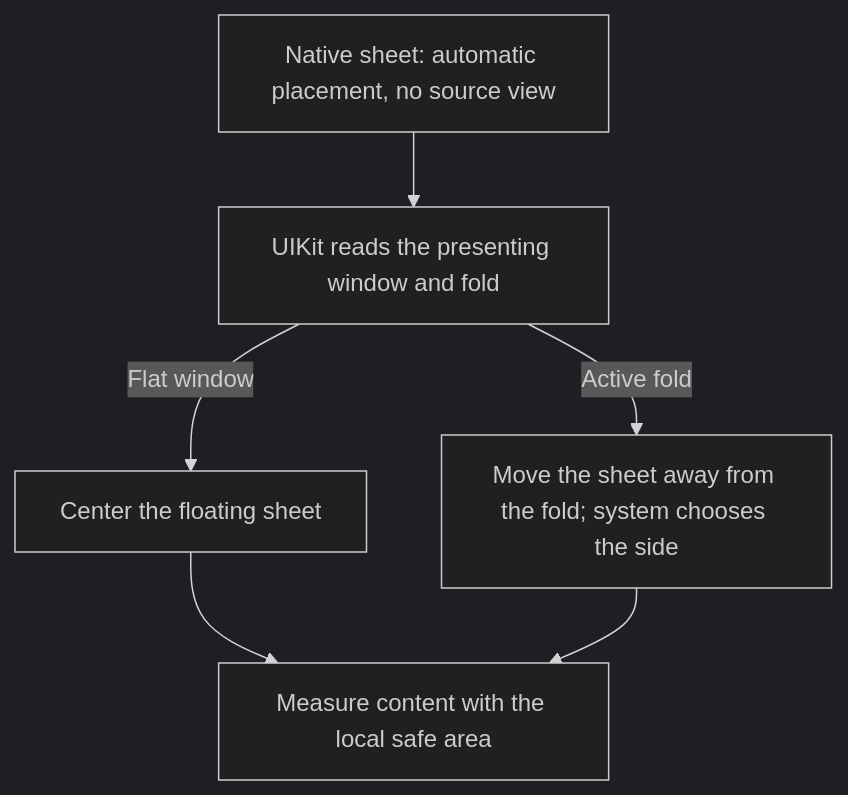
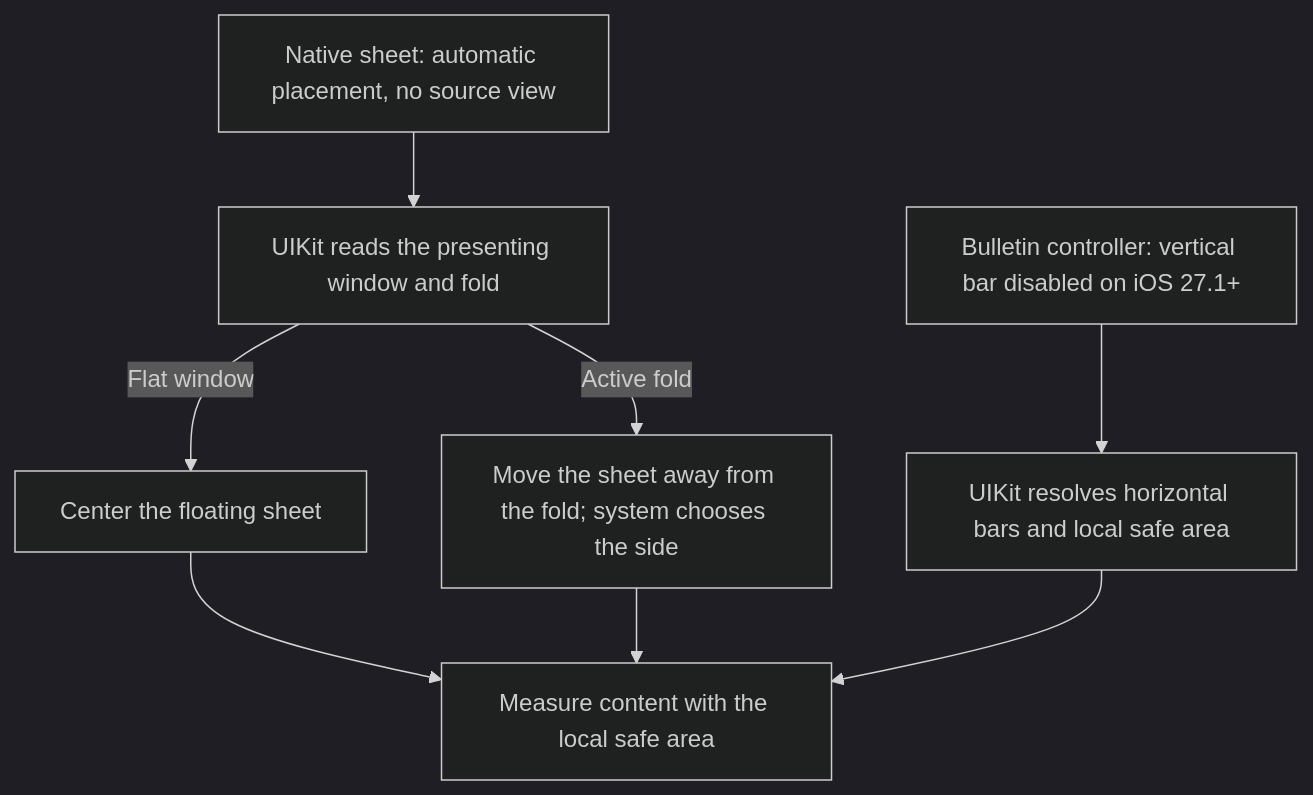
One commit to LambdaDigamma/BulletinBoard changed the third of 3 diagrams in guides/Adaptive Layout.md. Above: the diagram before and after it, drawn with Mermaid (dark theme). The commit also changed other lines of this file and 7 other files, not shown here.

Commit message:
fix: keep native bulletin bars horizontal

````diff
--- a/guides/Adaptive Layout.md
+++ b/guides/Adaptive Layout.md
@@ -79,8 +83,10 @@
 ```mermaid
 flowchart TD
     Sheet[Native sheet: automatic placement, no source view] --> UIKit[UIKit reads the presenting window and fold]
     UIKit -->|Flat window| Center[Center the floating sheet]
     UIKit -->|Active fold| Side[Move the sheet away from the fold; system chooses the side]
     Center --> Content[Measure content with the local safe area]
     Side --> Content
+    Bars[Bulletin controller: vertical bar disabled on iOS 27.1+] --> SafeArea[UIKit resolves horizontal bars and local safe area]
+    SafeArea --> Content
 ```
````
